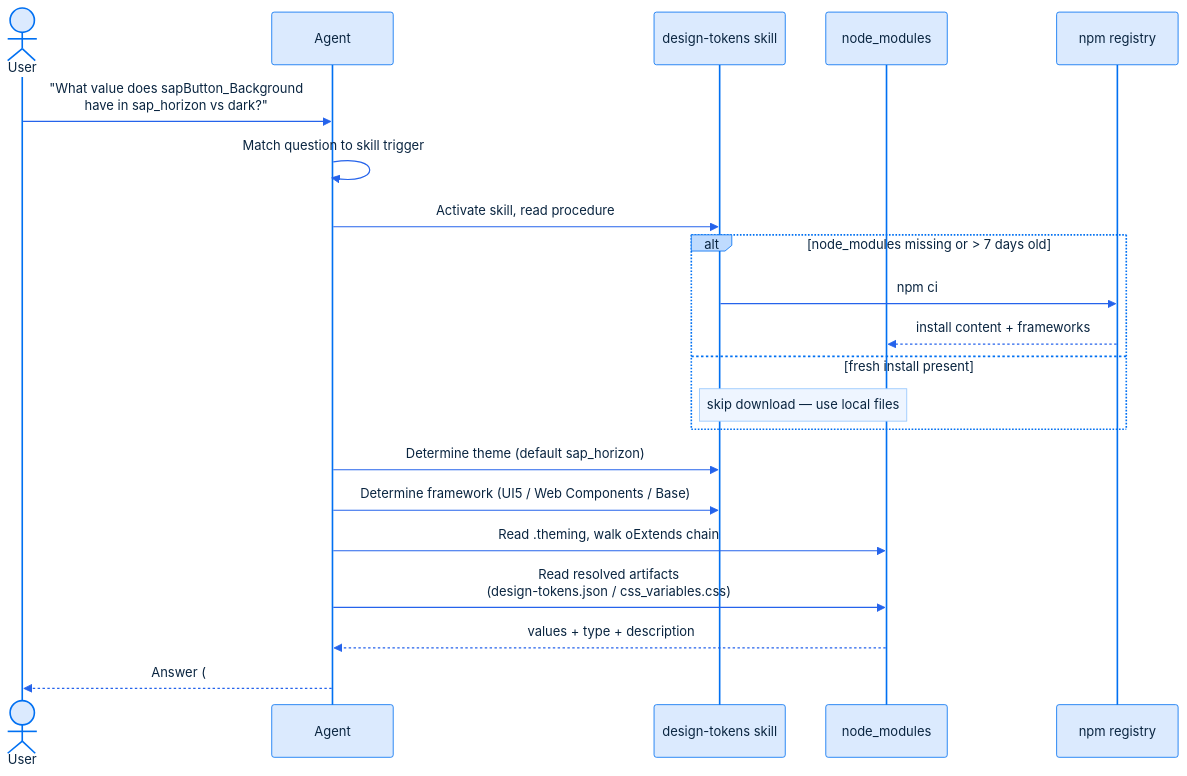
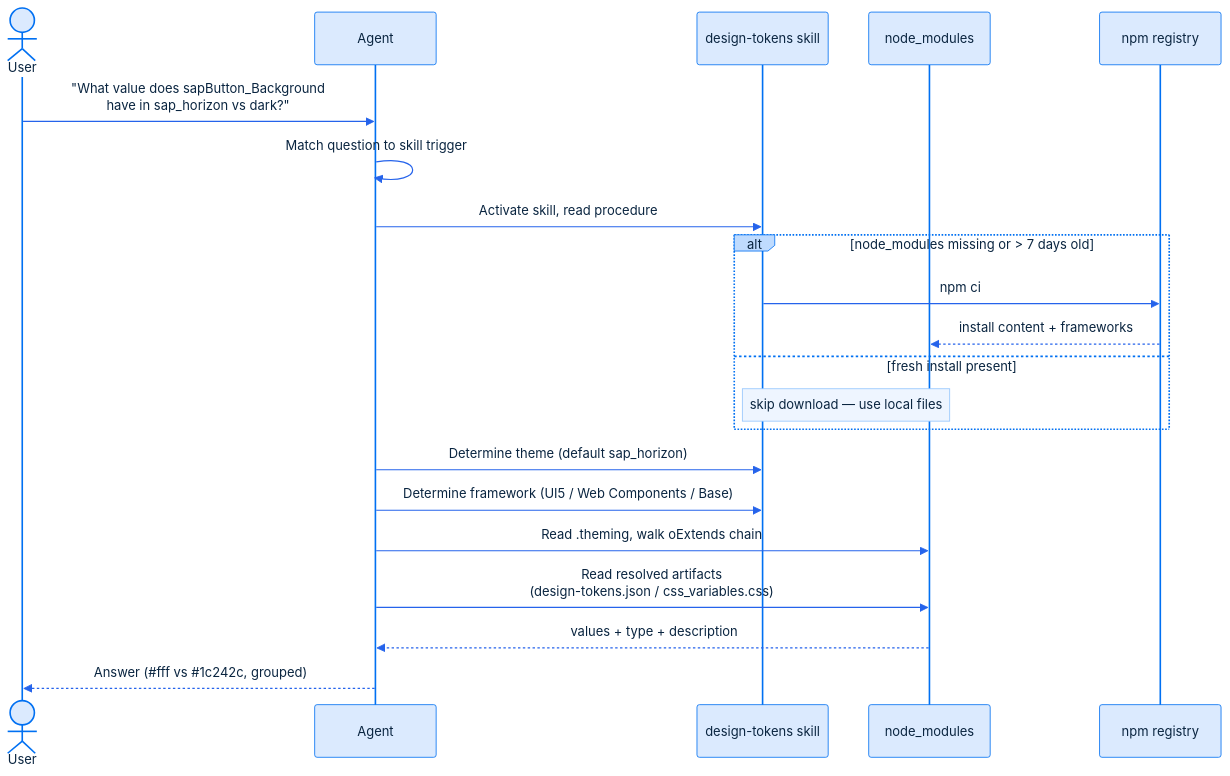
The diagram in plugins/ui-theme-designer/README.md (SAP/ui-theme-designer-plugins-for-coding-agents), drawn with Mermaid before and after one commit.

Commit message:
docs: escape # in mermaid diagram color values

````diff
--- a/plugins/ui-theme-designer/README.md
+++ b/plugins/ui-theme-designer/README.md
@@ -61,46 +61,46 @@
 ```mermaid
 %%{init: {'theme':'base', 'themeVariables': {
   'primaryColor':'#dbeafe',
   'primaryBorderColor':'#0070f2',
   'primaryTextColor':'#0a2540',
   'lineColor':'#2563eb',
   'actorBkg':'#dbeafe',
   'actorBorder':'#0070f2',
   'actorTextColor':'#0a2540',
   'signalColor':'#2563eb',
   'signalTextColor':'#0a2540',
   'labelBoxBkgColor':'#bfdbfe',
   'labelBoxBorderColor':'#0070f2',
   'labelTextColor':'#0a2540',
   'noteBkgColor':'#eef5ff',
   'noteBorderColor':'#93c5fd',
   'noteTextColor':'#0a2540',
   'activationBkgColor':'#bfdbfe',
   'activationBorderColor':'#0070f2',
   'fontFamily':'72, Arial, sans-serif'
 }}}%%
 sequenceDiagram
     actor U as User
     participant C as Agent
     participant S as design-tokens skill
     participant N as node_modules
     participant R as npm registry
 
     U->>C: "What value does sapButton_Background<br/>have in sap_horizon vs dark?"
     C->>C: Match question to skill trigger
     C->>S: Activate skill, read procedure
 
     alt node_modules missing or > 7 days old
         S->>R: npm ci
         R-->>N: install content + frameworks
     else fresh install present
         Note over S,N: skip download — use local files
     end
 
     C->>S: Determine theme (default sap_horizon)
     C->>S: Determine framework (UI5 / Web Components / Base)
     C->>N: Read .theming, walk oExtends chain
     C->>N: Read resolved artifacts<br/>(design-tokens.json / css_variables.css)
     N-->>C: values + type + description
-    C-->>U: Answer (#fff vs #1c242c, grouped)
+    C-->>U: Answer (#35;fff vs #35;1c242c, grouped)
 ```
````
